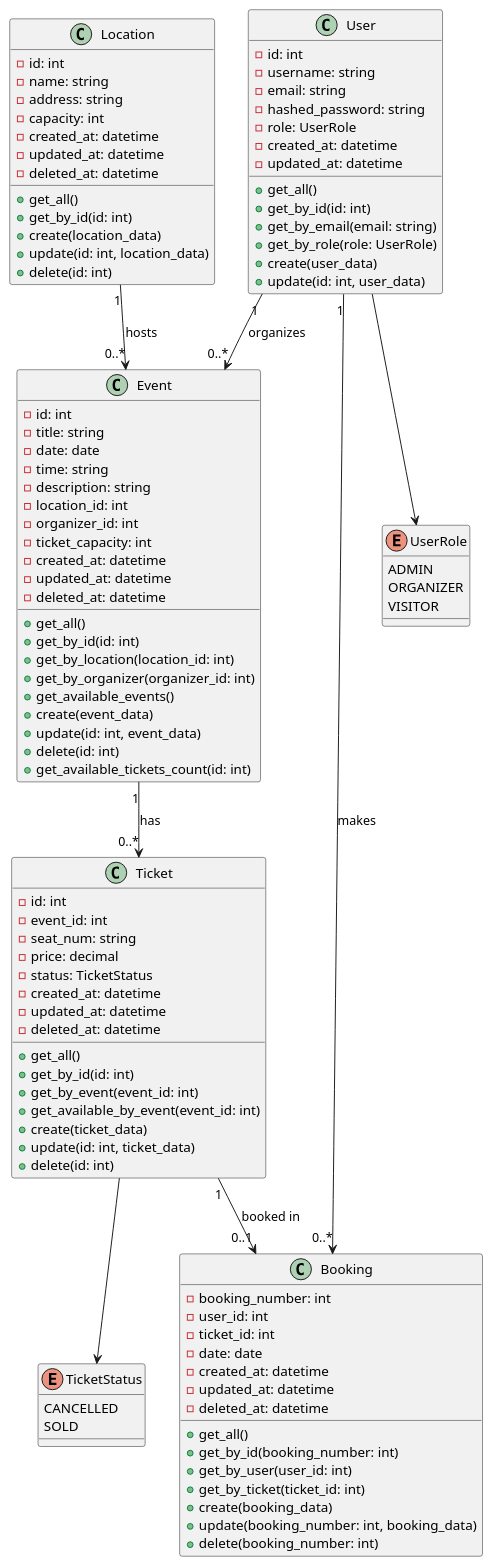
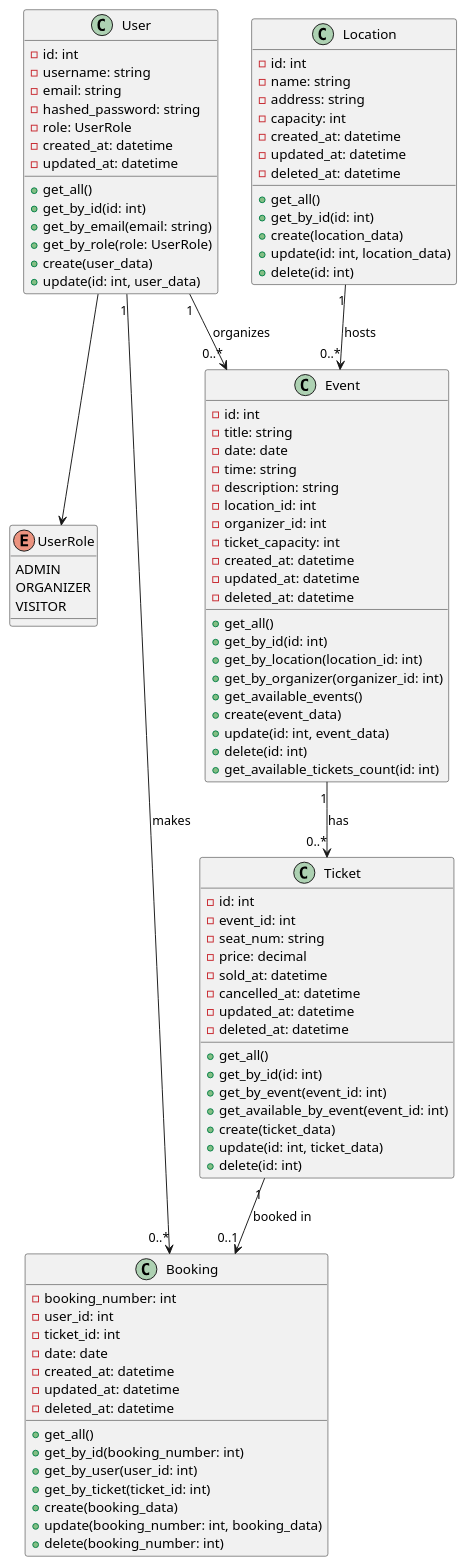
The second of 2 diagrams in backend/app/uml.md (JulianBierbaum/docker-fullstack-filtered), drawn with PlantUML before and after one commit. The commit also changed other lines of this file and 3 other files, not shown here.

````diff
--- a/backend/app/uml.md
+++ b/backend/app/uml.md
@@ -80,11 +81,6 @@
   ADMIN
   ORGANIZER
   VISITOR
-}
-
-enum TicketStatus {
-  CANCELLED
-  SOLD
 }
 
 class User {
@@ -149,8 +145,8 @@
   - event_id: int
   - seat_num: string
   - price: decimal
-  - status: TicketStatus
-  - created_at: datetime
+  - sold_at: datetime
+  - cancelled_at: datetime
   - updated_at: datetime
   - deleted_at: datetime
 
@@ -188,7 +184,6 @@
 Ticket "1" --> "0..1" Booking : booked in
 
 User --> UserRole
-Ticket --> TicketStatus
 
 @enduml
 ```
````
